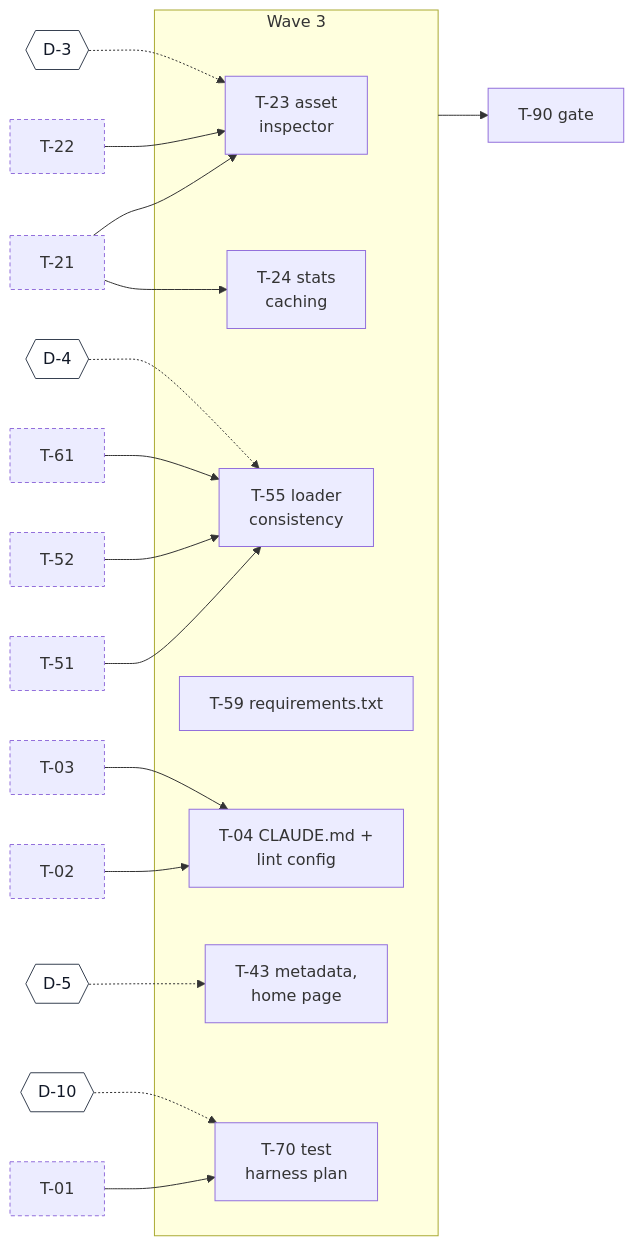
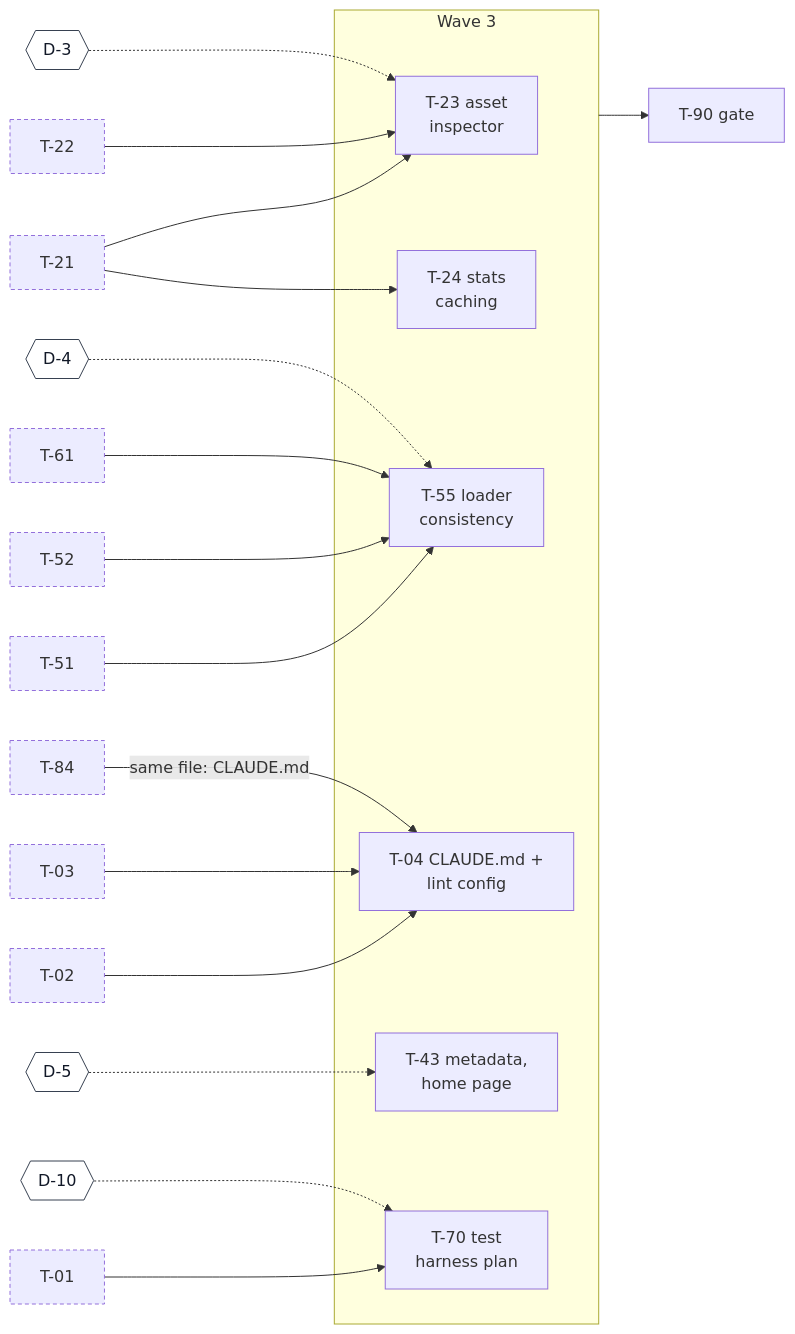
Before and after one commit to adrianfarhat/orlando-infrastructure-etl: the fourth of 7 diagrams in docs/agents/development-status.md, drawn with Mermaid. The commit also changed other lines of this file and 5 other files, not shown here.

Commit message:
Resolve PR #2 review findings: diagram types, spatial relationships, task ordering (F-16–F-21)

````diff
--- a/docs/agents/development-status.md
+++ b/docs/agents/development-status.md
@@ -126,44 +130,46 @@
 ```mermaid
 flowchart LR
+  %% diagram-type: dependency
   T01p["T-01"]
   T02p["T-02"]
   T03p["T-03"]
   T21p["T-21"]
   T22p["T-22"]
   T51p["T-51"]
   T52p["T-52"]
   T61p["T-61"]
+  T84p["T-84"]
   D3{{"D-3"}}
   D4{{"D-4"}}
   D5{{"D-5"}}
   D10{{"D-10"}}
   subgraph W3["Wave 3"]
     T23["T-23 asset<br/>inspector"]
     T24["T-24 stats<br/>caching"]
     T55["T-55 loader<br/>consistency"]
-    T59["T-59 requirements.txt"]
     T04["T-04 CLAUDE.md +<br/>lint config"]
     T43["T-43 metadata,<br/>home page"]
     T70["T-70 test<br/>harness plan"]
   end
   G3["T-90 gate"]
   T21p --> T23
   T22p --> T23
   D3 -.-> T23
   T21p --> T24
   T51p --> T55
   T52p --> T55
   T61p --> T55
   D4 -.-> T55
   T02p --> T04
   T03p --> T04
+  T84p -->|"same file: CLAUDE.md"| T04
   D5 -.-> T43
   T01p --> T70
   D10 -.-> T70
   W3 --> G3
 
   classDef decision fill:#ffffff,stroke:#374151,color:#111827
   classDef otherwave stroke-dasharray:4 3
   class D3,D4,D5,D10 decision
-  class T01p,T02p,T03p,T21p,T22p,T51p,T52p,T61p otherwave
+  class T01p,T02p,T03p,T21p,T22p,T51p,T52p,T61p,T84p otherwave
 ```
````
